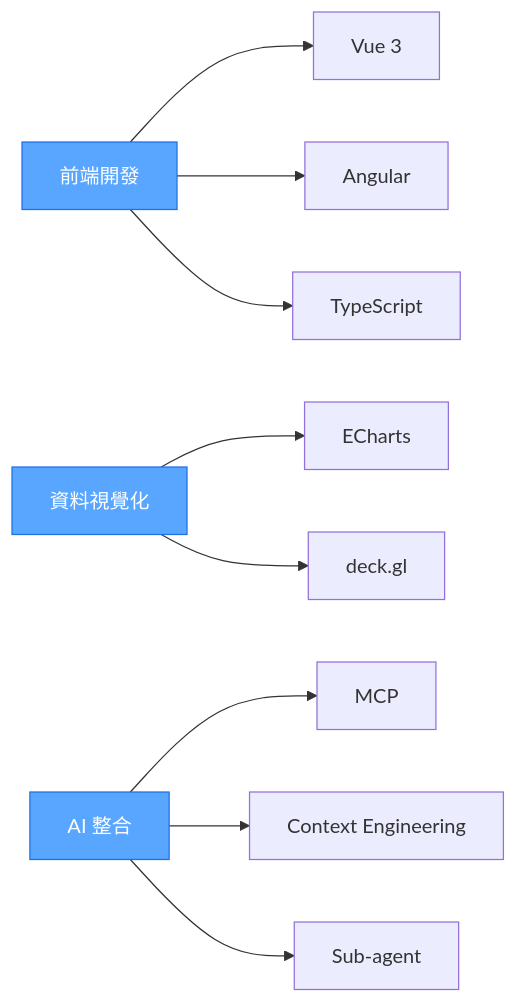
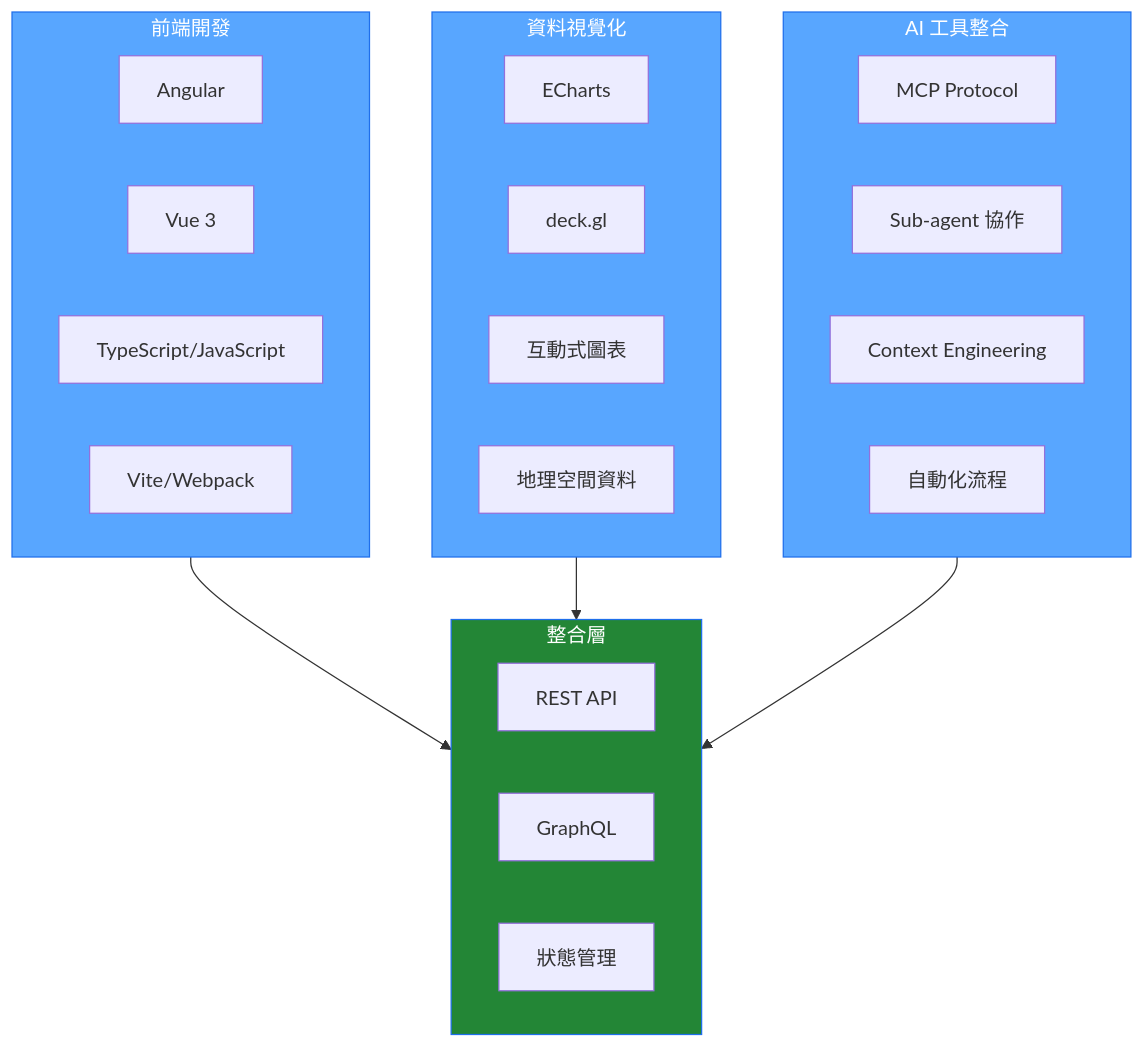
One commit to Yang-tzu-yi/Yang-tzu-yi changed the diagram in README.md. Above: the diagram before and after it, drawn with Mermaid. The commit also changed other lines of this file, not shown here.

````diff
--- a/README.md
+++ b/README.md
@@ -61,17 +49,38 @@
 ```mermaid
-graph LR
-    A[前端開發] --> B[Vue 3]
-    A --> C[Angular]
-    A --> D[TypeScript]
+graph TB
+    subgraph Frontend["前端開發"]
+        A1[Angular]
+        A2[Vue 3]
+        A3[TypeScript/JavaScript]
+        A4[Vite/Webpack]
+    end
     
-    E[資料視覺化] --> F[ECharts]
-    E --> G[deck.gl]
+    subgraph Visualization["資料視覺化"]
+        B1[ECharts]
+        B2[deck.gl]
+        B3[互動式圖表]
+        B4[地理空間資料]
+    end
     
-    H[AI 整合] --> I[MCP]
-    H --> J[Context Engineering]
-    H --> K[Sub-agent]
+    subgraph AI["AI 工具整合"]
+        C1[MCP Protocol]
+        C2[Sub-agent 協作]
+        C3[Context Engineering]
+        C4[自動化流程]
+    end
     
-    style A fill:#58A6FF,stroke:#1F6FEB,color:#fff
-    style E fill:#58A6FF,stroke:#1F6FEB,color:#fff
-    style H fill:#58A6FF,stroke:#1F6FEB,color:#fff
+    subgraph Integration["整合層"]
+        D1[REST API]
+        D2[GraphQL]
+        D3[狀態管理]
+    end
+    
+    Frontend --> Integration
+    Visualization --> Integration
+    AI --> Integration
+    
+    style Frontend fill:#58A6FF,stroke:#1F6FEB,color:#fff
+    style Visualization fill:#58A6FF,stroke:#1F6FEB,color:#fff
+    style AI fill:#58A6FF,stroke:#1F6FEB,color:#fff
+    style Integration fill:#238636,stroke:#1F6FEB,color:#fff
 ```
````
